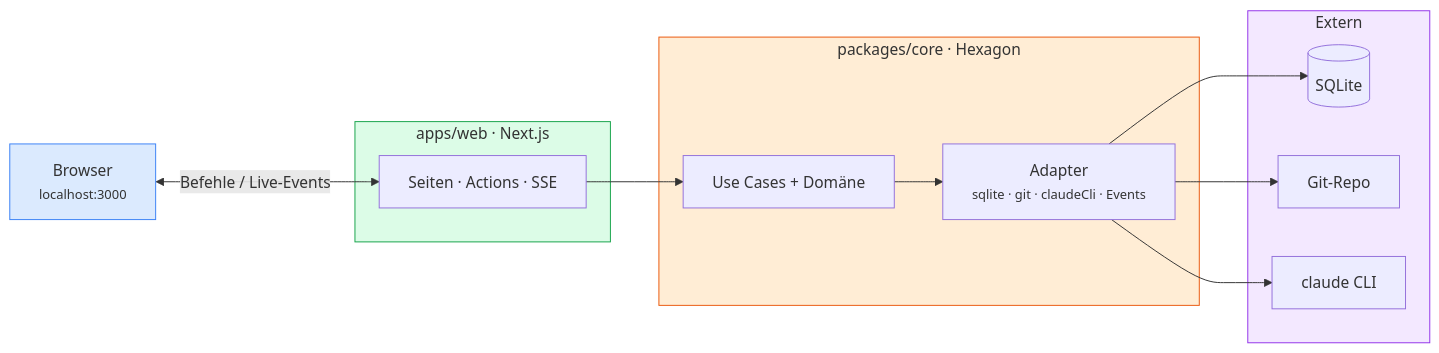
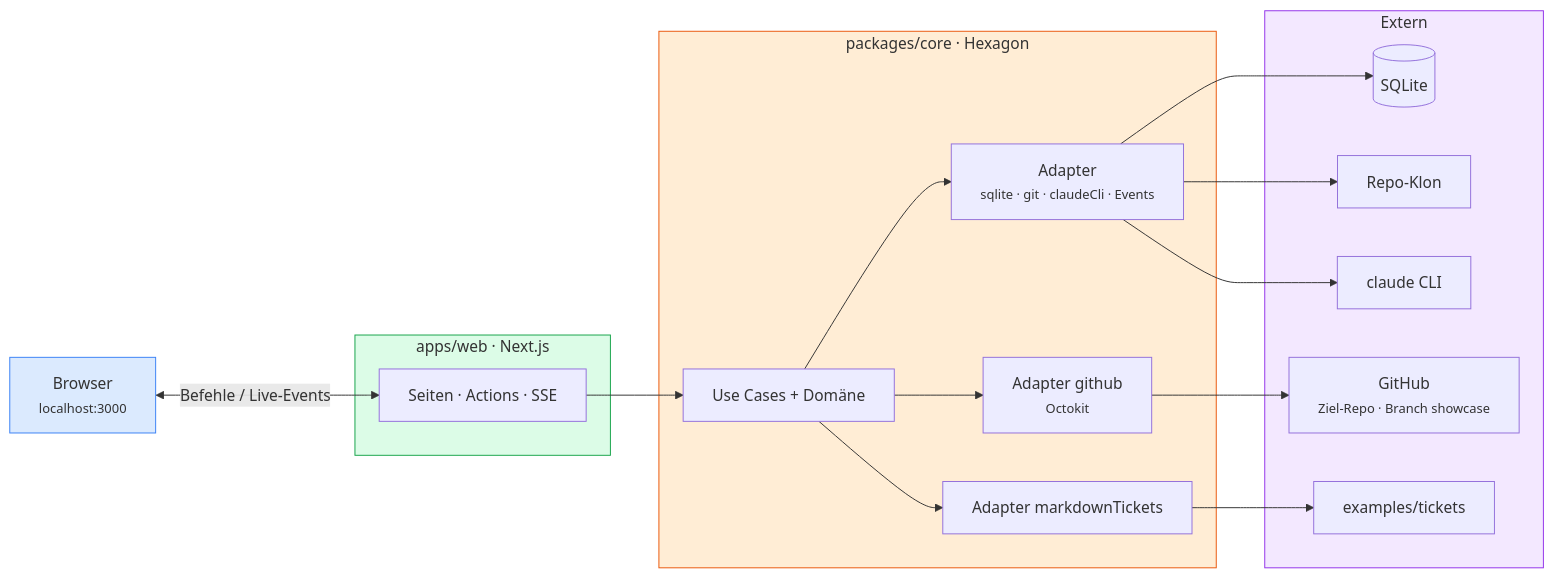
Before and after one commit to wojciechlaka/ai-sdlc: the diagram in docs/architecture.mmd, drawn with Mermaid. The commit also changed 6 other files, not shown here.

First line of the commit message:
docs: Architektur, Datenmodell und Roadmap auf den Stand von Stufe 1

```diff
--- a/docs/architecture.mmd
+++ b/docs/architecture.mmd
@@ -1,29 +1,37 @@
 flowchart LR
     B["Browser<br/><small>localhost:3000</small>"]
 
     subgraph Web["apps/web · Next.js"]
         W["Seiten · Actions · SSE"]
     end
 
     subgraph Core["packages/core · Hexagon"]
         UC["Use Cases + Domäne"]
         AD["Adapter<br/><small>sqlite · git · claudeCli · Events</small>"]
+        GH["Adapter github<br/><small>Octokit</small>"]
+        MT["Adapter markdownTickets"]
         UC --> AD
+        UC --> GH
+        UC --> MT
     end
 
     subgraph Ext["Extern"]
         DB[("SQLite")]
-        GIT["Git-Repo"]
+        GIT["Repo-Klon"]
         CL["claude CLI"]
+        GHA["GitHub<br/><small>Ziel-Repo · Branch showcase</small>"]
+        TK["examples/tickets"]
     end
 
     B <-->|"Befehle / Live-Events"| W
     W --> UC
     AD --> DB
     AD --> GIT
     AD --> CL
+    GH --> GHA
+    MT --> TK
 
     style Web fill:#dcfce7,stroke:#16a34a
     style Core fill:#ffedd5,stroke:#ea580c
     style Ext fill:#f3e8ff,stroke:#9333ea
     style B fill:#dbeafe,stroke:#3b82f6
```
